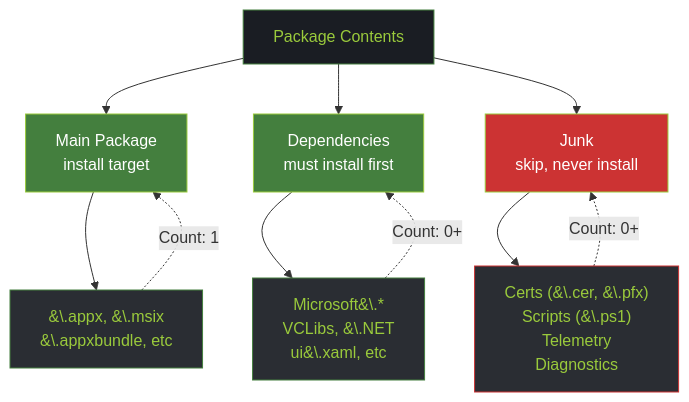
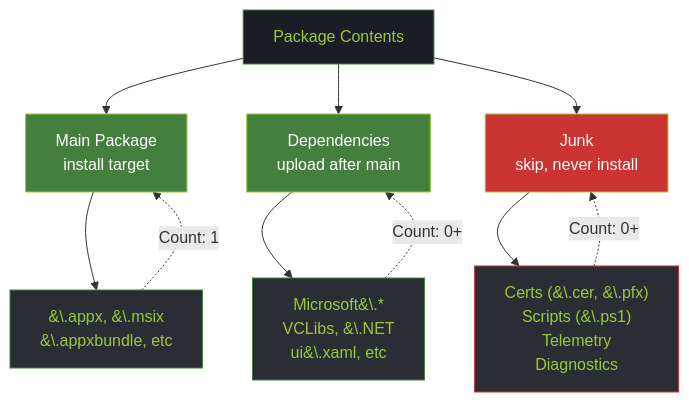
One commit to marcelofrau/xb-homebrew-vault changed the second of 9 diagrams in docs/integration-package-installation-flow.md. Above: the diagram before and after it, drawn with Mermaid. The commit also changed other lines of this file and 6 other files, not shown here.

First line of the commit message:
fix(xbox): dep install hang — target-only kill, skip present deps, authoritative final verify

````diff
--- a/docs/integration-package-installation-flow.md
+++ b/docs/integration-package-installation-flow.md
@@ -48,24 +50,24 @@
 ```mermaid
 graph TD
     PKG["Package Contents"]
-    
+
     PKG --> MAIN["Main Package<br/>install target"]
-    PKG --> DEPS["Dependencies<br/>must install first"]
+    PKG --> DEPS["Dependencies<br/>upload after main"]
     PKG --> JUNK["Junk<br/>skip, never install"]
-    
+
     MAIN --> MAIN_EX["&#92;.appx, &#92;.msix<br/>&#92;.appxbundle, etc"]
     DEPS --> DEPS_EX["Microsoft&#92;.*<br/>VCLibs, &#92;.NET<br/>ui&#92;.xaml, etc"]
     JUNK --> JUNK_EX["Certs (&#92;.cer, &#92;.pfx)<br/>Scripts (&#92;.ps1)<br/>Telemetry<br/>Diagnostics"]
-    
+
     MAIN_EX -.->|Count: 1| MAIN
     DEPS_EX -.->|Count: 0+| DEPS
     JUNK_EX -.->|Count: 0+| JUNK
-    
+
     style PKG fill:#1A1D23,stroke:#447F3E,color:#9ACA3C
     style MAIN fill:#447F3E,stroke:#9ACA3C,color:#fff
     style DEPS fill:#447F3E,stroke:#9ACA3C,color:#fff
     style JUNK fill:#CC3333,stroke:#9ACA3C,color:#fff
     style MAIN_EX fill:#2A2D33,stroke:#447F3E,color:#9ACA3C
     style DEPS_EX fill:#2A2D33,stroke:#447F3E,color:#9ACA3C
     style JUNK_EX fill:#2A2D33,stroke:#CC3333,color:#9ACA3C
 ```
````
